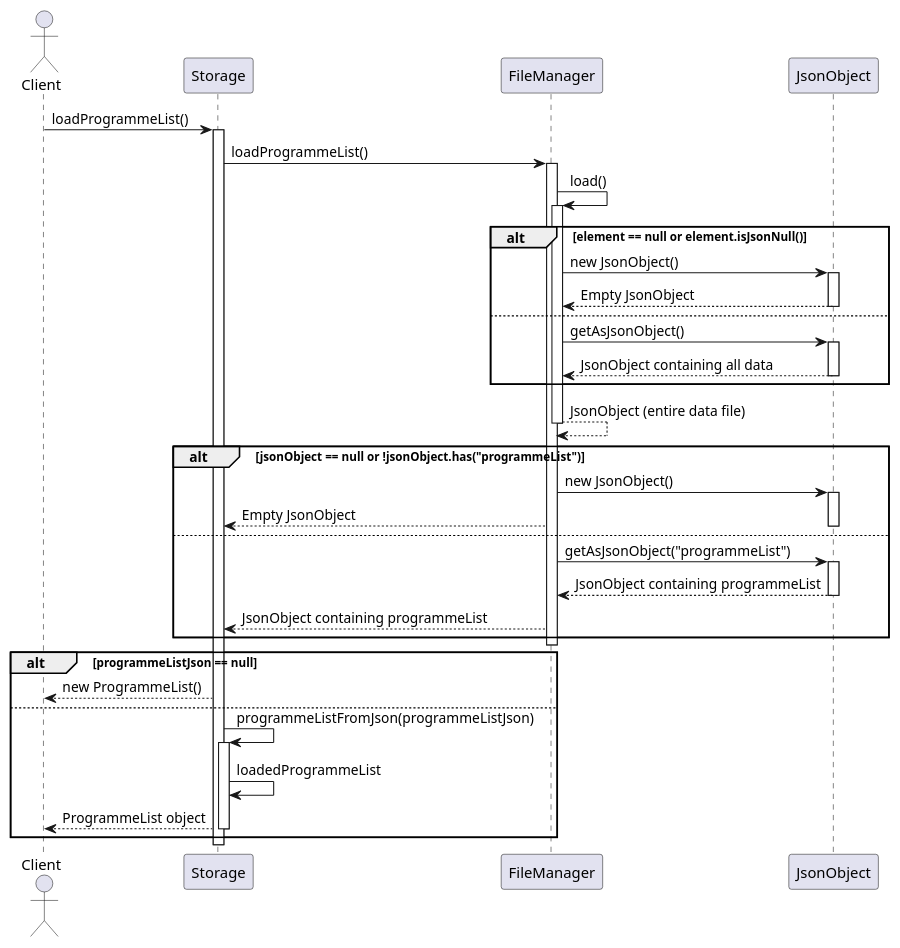
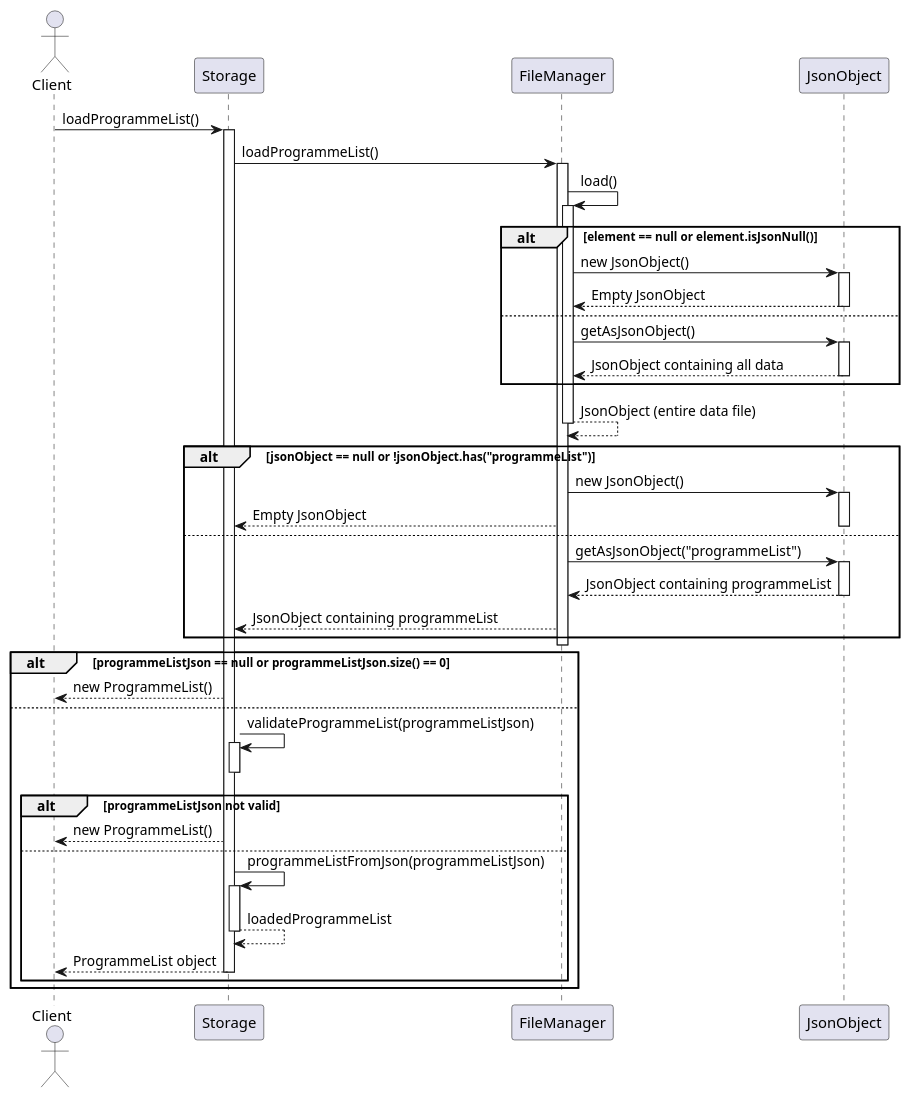
The diagram in docs/diagrams/loadProgrammeListSeqenceDiagram.puml (nus-cs2113-AY2425S1/tp), drawn with PlantUML before and after one commit. The commit also changed 2 other files, not shown here.

Commit message:
Remake loadProgrammeListSeqenceDiagram.puml

```diff
--- a/docs/diagrams/loadProgrammeListSeqenceDiagram.puml
+++ b/docs/diagrams/loadProgrammeListSeqenceDiagram.puml
@@ -1,53 +1,61 @@
 @startuml
 
 actor Client
 
 Client -> Storage : loadProgrammeList()
 activate Storage
 
 Storage -> FileManager : loadProgrammeList()
 activate FileManager
 
 FileManager -> FileManager : load()
 activate FileManager
 alt element == null or element.isJsonNull()
     FileManager -> JsonObject : new JsonObject()
     activate JsonObject
     JsonObject --> FileManager : Empty JsonObject
     deactivate JsonObject
 else
     FileManager -> JsonObject : getAsJsonObject()
     activate JsonObject
     JsonObject --> FileManager : JsonObject containing all data
     deactivate JsonObject
 end
 
 FileManager --> FileManager : JsonObject (entire data file)
 deactivate FileManager
 
 alt jsonObject == null or !jsonObject.has("programmeList")
     FileManager -> JsonObject : new JsonObject()
     activate JsonObject
     FileManager --> Storage : Empty JsonObject
     deactivate JsonObject
 else
     FileManager -> JsonObject : getAsJsonObject("programmeList")
     activate JsonObject
     JsonObject --> FileManager : JsonObject containing programmeList
     deactivate JsonObject
     FileManager --> Storage : JsonObject containing programmeList
 end
 deactivate FileManager
 
-alt programmeListJson == null
+alt programmeListJson == null or programmeListJson.size() == 0
     Storage --> Client : new ProgrammeList()
 else
+    Storage -> Storage : validateProgrammeList(programmeListJson)
+    activate Storage
+    deactivate Storage
+    alt programmeListJson not valid
+    Storage --> Client : new ProgrammeList()
+    else
     Storage -> Storage : programmeListFromJson(programmeListJson)
     activate Storage
-    Storage -> Storage : loadedProgrammeList
+    Storage --> Storage : loadedProgrammeList
+    deactivate Storage
     Storage --> Client : ProgrammeList object
     deactivate Storage
+    end
 end
 deactivate Storage
 
 @enduml
```
